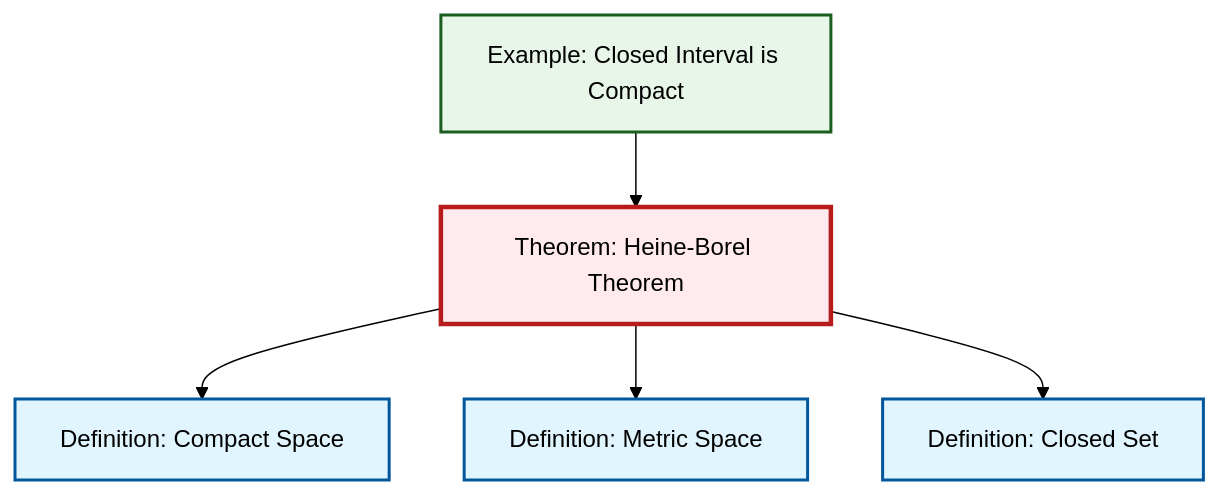
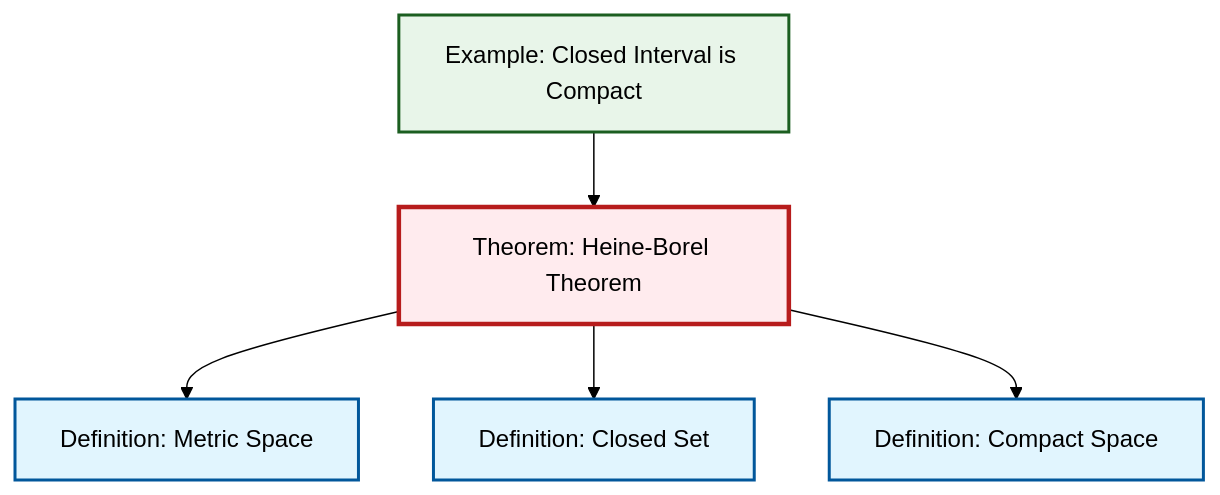
Before and after one commit to RK0429/ModernMath: the diagram in content/ja/topology/thm-heine-borel.qmd, drawn with Mermaid (forest theme). The commit also changed other lines of this file and 597 other files, not shown here.

````diff
--- a/content/ja/topology/thm-heine-borel.qmd
+++ b/content/ja/topology/thm-heine-borel.qmd
@@ -49,23 +49,23 @@
 ```{mermaid}
 %%| fig-cap: "Local dependency graph"
 graph TD
     classDef definition fill:#e1f5fe,stroke:#01579b,stroke-width:2px
     classDef theorem fill:#f3e5f5,stroke:#4a148c,stroke-width:2px
     classDef axiom fill:#fff3e0,stroke:#e65100,stroke-width:2px
     classDef example fill:#e8f5e9,stroke:#1b5e20,stroke-width:2px
     classDef current fill:#ffebee,stroke:#b71c1c,stroke-width:3px
     def-compact["Definition: Compact Space"]:::definition
     def-closed-set["Definition: Closed Set"]:::definition
     thm-heine-borel["Theorem: Heine-Borel Theorem"]:::theorem
+    def-metric-space["Definition: Metric Space"]:::definition
     ex-closed-interval-compact["Example: Closed Interval is Compact"]:::example
-    def-metric-space["Definition: Metric Space"]:::definition
+    thm-heine-borel --> def-metric-space
+    ex-closed-interval-compact --> thm-heine-borel
+    thm-heine-borel --> def-closed-set
     thm-heine-borel --> def-compact
-    ex-closed-interval-compact --> thm-heine-borel
-    thm-heine-borel --> def-metric-space
-    thm-heine-borel --> def-closed-set
     class thm-heine-borel current
     click def-compact "def-compact.html" "Definition: Compact Spaceへ"
     click def-closed-set "def-closed-set.html" "Definition: Closed Setへ"
+    click def-metric-space "def-metric-space.html" "Definition: Metric Spaceへ"
     click ex-closed-interval-compact "ex-closed-interval-compact.html" "Example: Closed Interval is Compactへ"
-    click def-metric-space "def-metric-space.html" "Definition: Metric Spaceへ"
 ```
````
